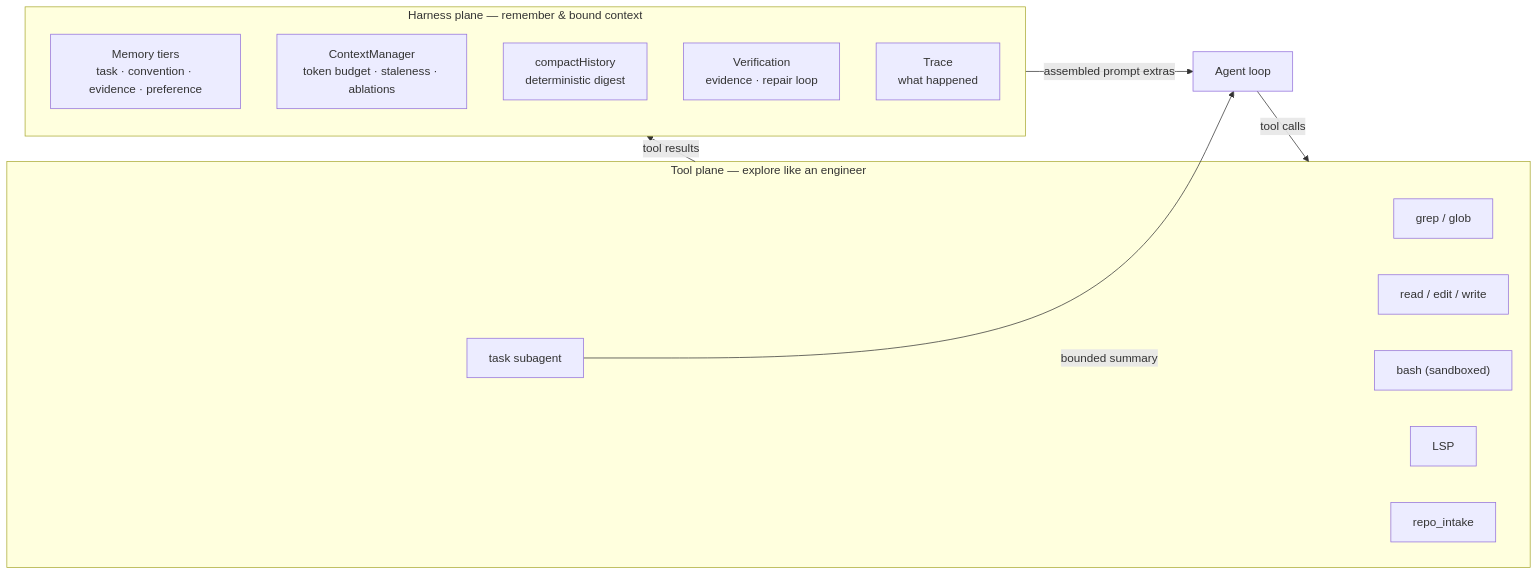
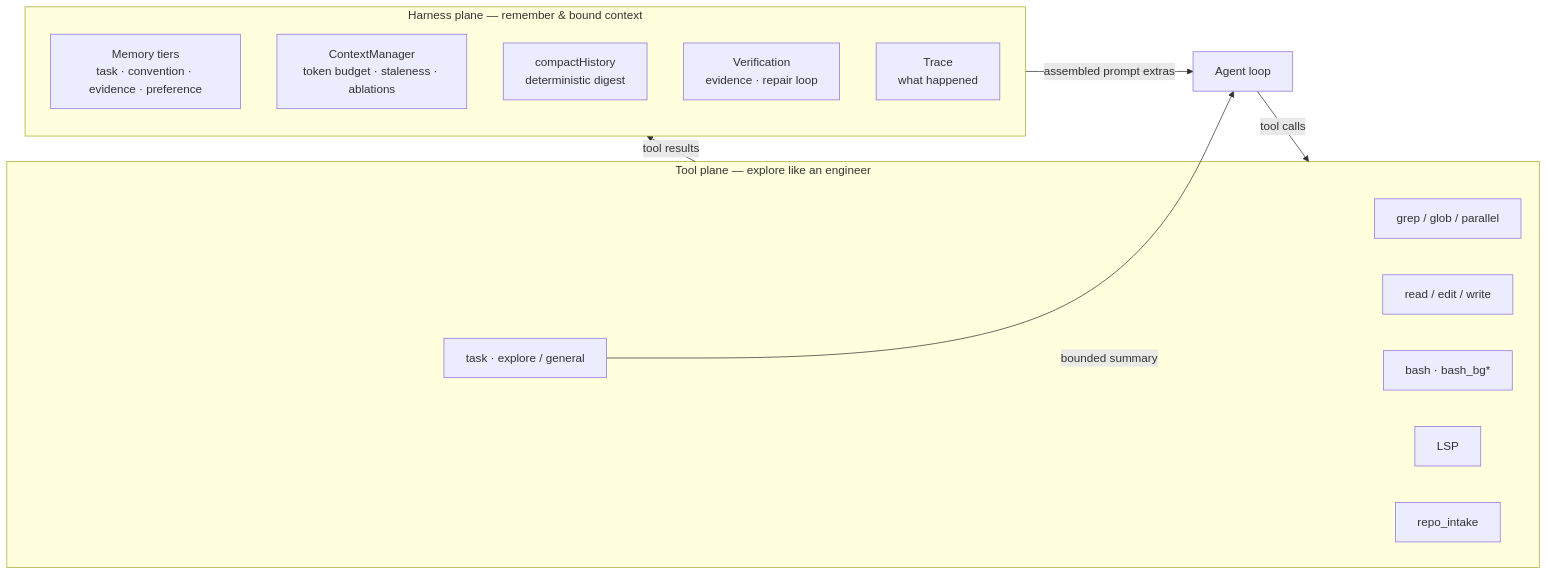
The second of 10 diagrams in docs/ARCHITECTURE.md (rajofearth/CodeRush2.0_TeamKnull), drawn with Mermaid before and after one commit. The commit also changed other lines of this file and 8 other files, not shown here.

````diff
--- a/docs/ARCHITECTURE.md
+++ b/docs/ARCHITECTURE.md
@@ -106,24 +110,24 @@
 ```mermaid
 flowchart LR
   subgraph TP["Tool plane — explore like an engineer"]
-    G["grep / glob"]
+    G["grep / glob / parallel"]
     R["read / edit / write"]
-    B["bash (sandboxed)"]
+    B["bash · bash_bg*"]
     L["LSP"]
     I["repo_intake"]
-    T["task subagent"]
+    T["task · explore / general"]
   end
 
   subgraph HP["Harness plane — remember & bound context"]
     M["Memory tiers<br/>task · convention · evidence · preference"]
     C["ContextManager<br/>token budget · staleness · ablations"]
     CH["compactHistory<br/>deterministic digest"]
     V["Verification<br/>evidence · repair loop"]
     TR["Trace<br/>what happened"]
   end
 
   TP -->|"tool results"| HP
   HP -->|"assembled prompt extras"| Adapter["Agent loop"]
   Adapter -->|"tool calls"| TP
   T -->|"bounded summary"| Adapter
 ```
````
